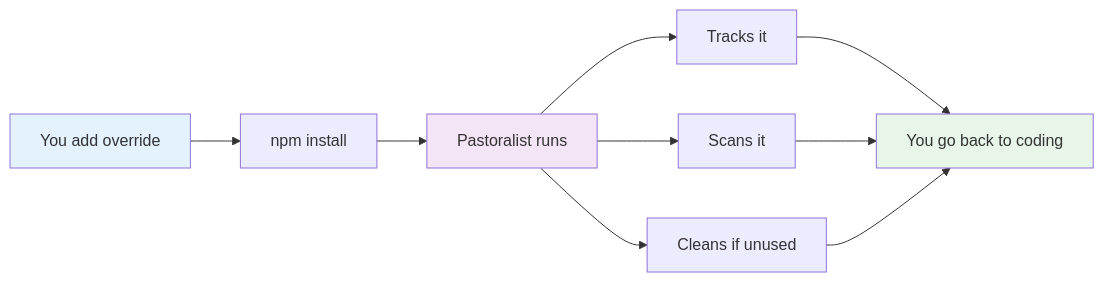
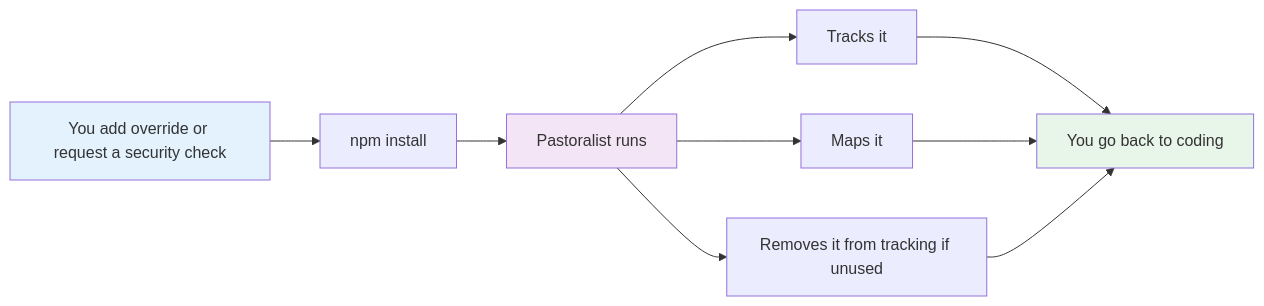
Before and after one commit to yowainwright/pastoralist: the sixth of 6 diagrams in README.md, drawn with Mermaid. The commit also changed other lines of this file and 9 other files, not shown here.

````diff
--- a/README.md
+++ b/README.md
@@ -281,15 +285,15 @@
 ```mermaid
 flowchart LR
-    You[You add override] --> Install[npm install]
+    You[You add override or request a security check] --> Install[npm install]
     Install --> Pastor[Pastoralist runs]
     Pastor --> Track[Tracks it]
-    Pastor --> Scan[Scans it]
-    Pastor --> Clean[Cleans if unused]
+    Pastor --> Scan[Maps it]
+    Pastor --> Clean[Removes it from tracking if unused]
     Track --> Chill[You go back to coding]
     Scan --> Chill
     Clean --> Chill
 
     style You fill:#e3f2fd
     style Pastor fill:#f3e5f5
     style Chill fill:#e8f5e9
 ```
````
